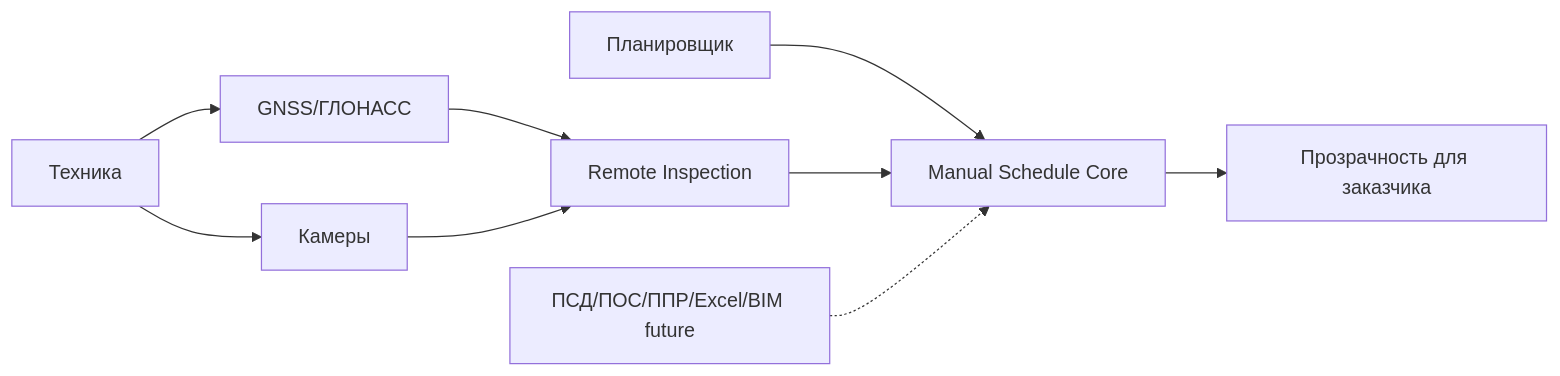
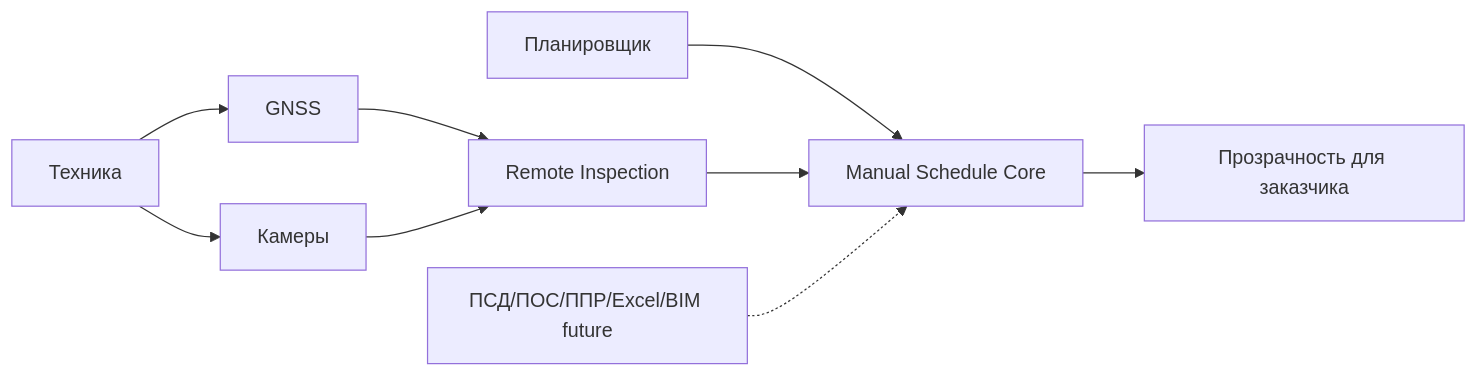
One commit to s21dlemanskiy/course-work changed the diagram in 04-архитектурные-драйверы.md. Above: the diagram before and after it, drawn with Mermaid. The commit also changed other lines of this file and 13 other files, not shown here.

````diff
--- a/04-архитектурные-драйверы.md
+++ b/04-архитектурные-драйверы.md
@@ -29,11 +29,11 @@
 ```mermaid
 flowchart LR
     Planner[Планировщик] --> Core[Manual Schedule Core]
-    Equipment[Техника] --> GNSS[GNSS/ГЛОНАСС]
+    Equipment[Техника] --> GNSS[GNSS]
     Equipment --> Camera[Камеры]
     GNSS --> Inspection[Remote Inspection]
     Camera --> Inspection
     Inspection --> Core
     Core --> Dashboard[Прозрачность для заказчика]
     FutureDocs[ПСД/ПОС/ППР/Excel/BIM future] -.-> Core
 ```
````
